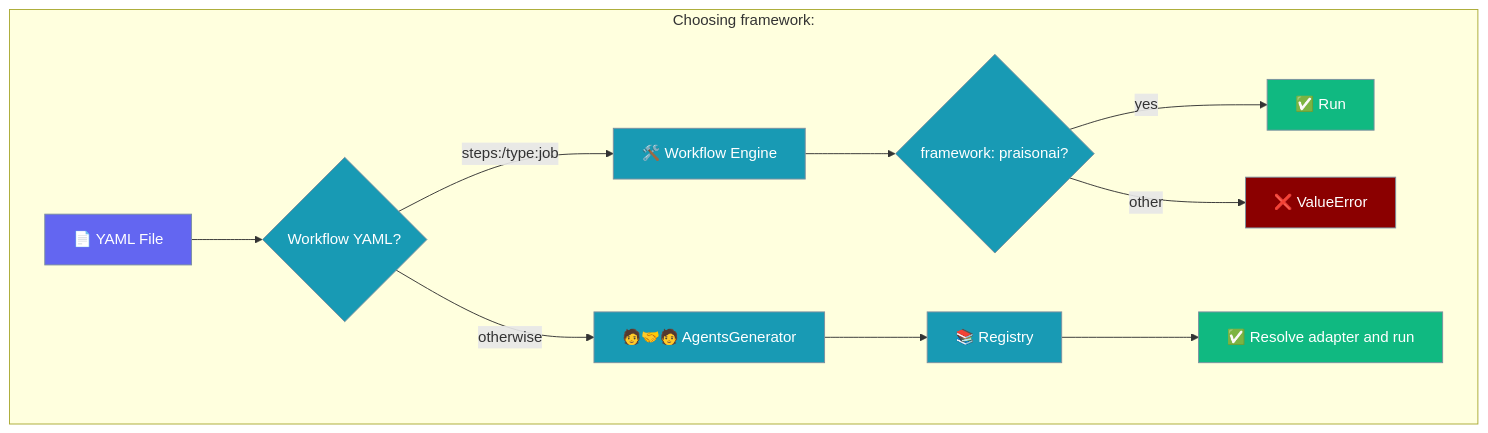
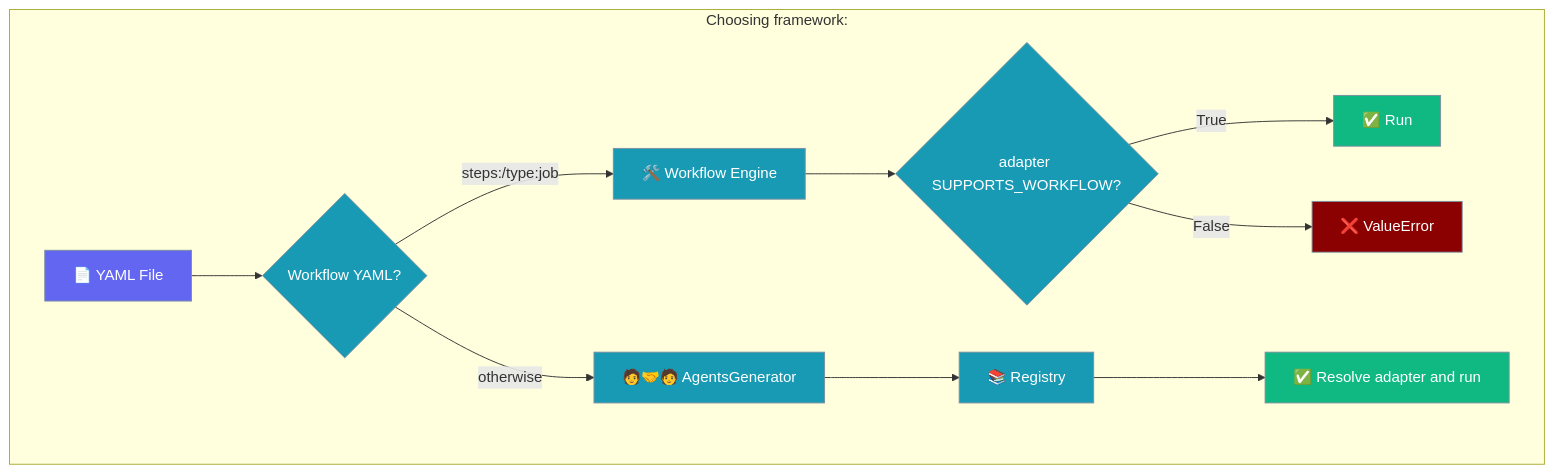
The first of 3 diagrams in docs/features/workflow-yaml-framework-field.mdx (MervinPraison/PraisonAIDocs), drawn with Mermaid before and after one commit. The commit also changed other lines of this file and 6 other files, not shown here.

First line of the commit message:
docs: document SUPPORTS_WORKFLOW / SUPPORTS_RUNTIME_FEATURES capability flags + AutoGenerator ToolResolver routing (fixes #1646)

````diff
--- a/docs/features/workflow-yaml-framework-field.mdx
+++ b/docs/features/workflow-yaml-framework-field.mdx
@@ -19,21 +19,21 @@
 ```mermaid
 graph TB
     subgraph "Choosing framework:"
         YAML[📄 YAML File] --> Type{Workflow YAML?}
         Type -->|"steps:/type:job"| WF[🛠️ Workflow Engine]
         Type -->|otherwise| AG[🧑🤝🧑 AgentsGenerator]
-        WF --> WFCheck{framework: praisonai?}
-        WFCheck -->|yes| Ok1[✅ Run]
-        WFCheck -->|other| Err[❌ ValueError]
+        WF --> WFCheck{adapter SUPPORTS_WORKFLOW?}
+        WFCheck -->|True| Ok1[✅ Run]
+        WFCheck -->|False| Err[❌ ValueError]
         AG --> Reg[📚 Registry]
         Reg --> Run[✅ Resolve adapter and run]
     end
     classDef yaml fill:#6366F1,stroke:#7C90A0,color:#fff
     classDef ok fill:#10B981,stroke:#7C90A0,color:#fff
     classDef err fill:#8B0000,stroke:#7C90A0,color:#fff
     classDef proc fill:#189AB4,stroke:#7C90A0,color:#fff
     class YAML yaml
     class Ok1,Run ok
     class Err err
     class WF,AG,Reg,Type,WFCheck proc
 ```
````
